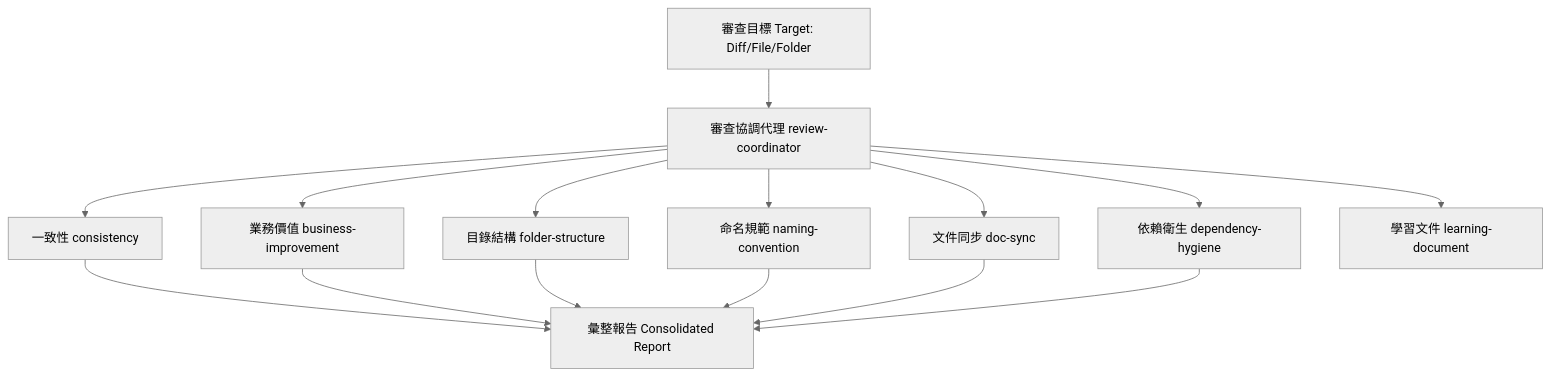
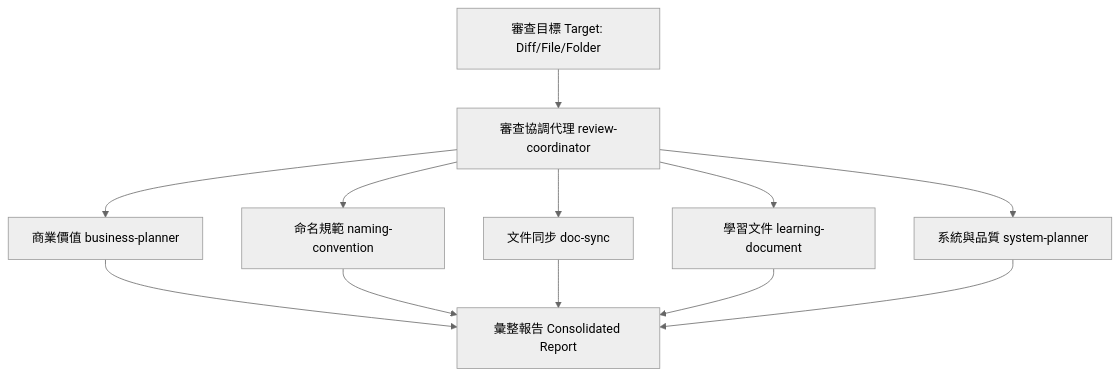
One commit to BizShuk/cc-plugin changed the diagram in plugins/review/README.md. Above: the diagram before and after it, drawn with Mermaid (neutral theme). The commit also changed other lines of this file and 13 other files, not shown here.

````diff
--- a/plugins/review/README.md
+++ b/plugins/review/README.md
@@ -13,17 +13,14 @@
 ```mermaid
 graph TD
     Target[審查目標 Target: Diff/File/Folder] --> Coordinator[審查協調代理 review-coordinator]
-    Coordinator --> S1[一致性 consistency]
-    Coordinator --> S2[業務價值 business-improvement]
-    Coordinator --> S3[目錄結構 folder-structure]
-    Coordinator --> S4[命名規範 naming-convention]
-    Coordinator --> S5[文件同步 doc-sync]
-    Coordinator --> S6[依賴衛生 dependency-hygiene]
-    Coordinator --> S7[學習文件 learning-document]
+    Coordinator --> S1[商業價值 business-planner]
+    Coordinator --> S2[命名規範 naming-convention]
+    Coordinator --> S3[文件同步 doc-sync]
+    Coordinator --> S4[學習文件 learning-document]
+    Coordinator --> S5[系統與品質 system-planner]
     S1 --> Report[彙整報告 Consolidated Report]
     S2 --> Report
     S3 --> Report
     S4 --> Report
     S5 --> Report
-    S6 --> Report
 ```
````
